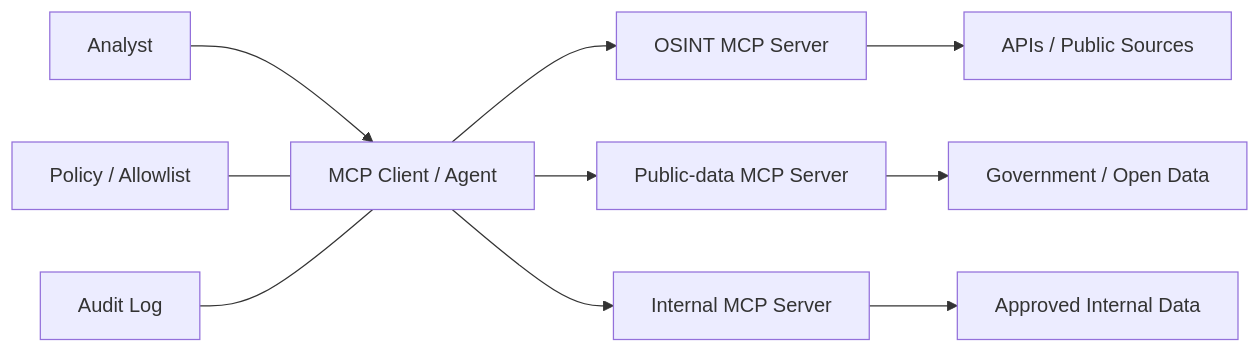
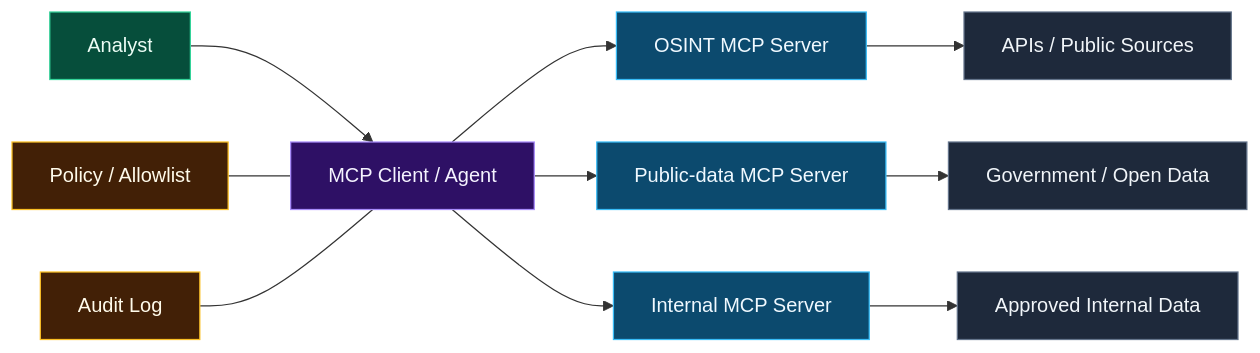
The diagram in docs/mcp-security.md (Ridd1kulusC0d3r/OSINTAI), drawn with Mermaid before and after one commit. The commit also changed other lines of this file and 41 other files, not shown here.

```diff
--- a/docs/mcp-security.md
+++ b/docs/mcp-security.md
@@ -7,13 +13,23 @@
 ~~~mermaid
 flowchart LR
     U[Analyst] --> C[MCP Client / Agent]
     C --> S1[OSINT MCP Server]
     C --> S2[Public-data MCP Server]
     C --> S3[Internal MCP Server]
     S1 --> D1[APIs / Public Sources]
     S2 --> D2[Government / Open Data]
     S3 --> D3[Approved Internal Data]
 
     G[Policy / Allowlist] --- C
     L[Audit Log] --- C
+    classDef ev fill:#0c4a6e,stroke:#38bdf8,color:#f0f9ff
+    classDef mdl fill:#2e1065,stroke:#a78bfa,color:#f5f3ff
+    classDef gate fill:#064e3b,stroke:#34d399,color:#ecfdf5
+    classDef ctl fill:#422006,stroke:#fbbf24,color:#fffbeb
+    classDef ext fill:#1e293b,stroke:#64748b,color:#f1f5f9
+    class U gate
+    class C mdl
+    class S1,S2,S3 ev
+    class D1,D2,D3 ext
+    class G,L ctl
 ~~~
```
